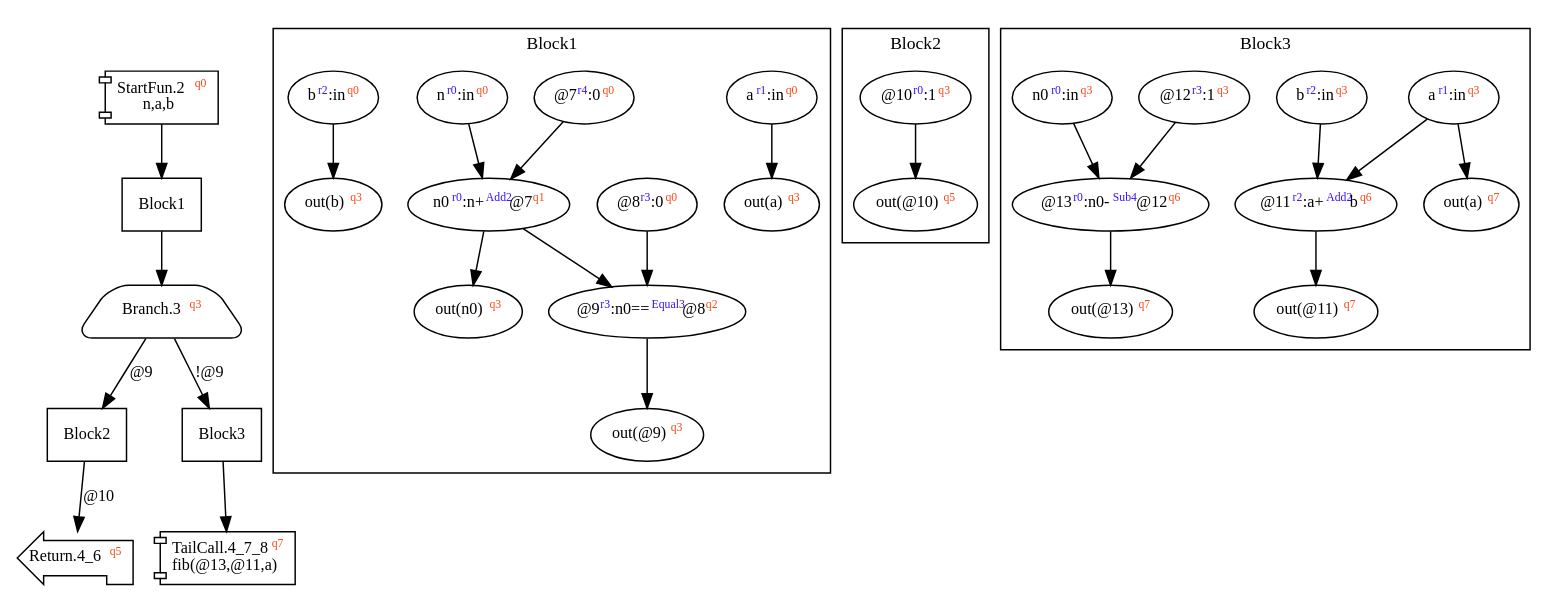
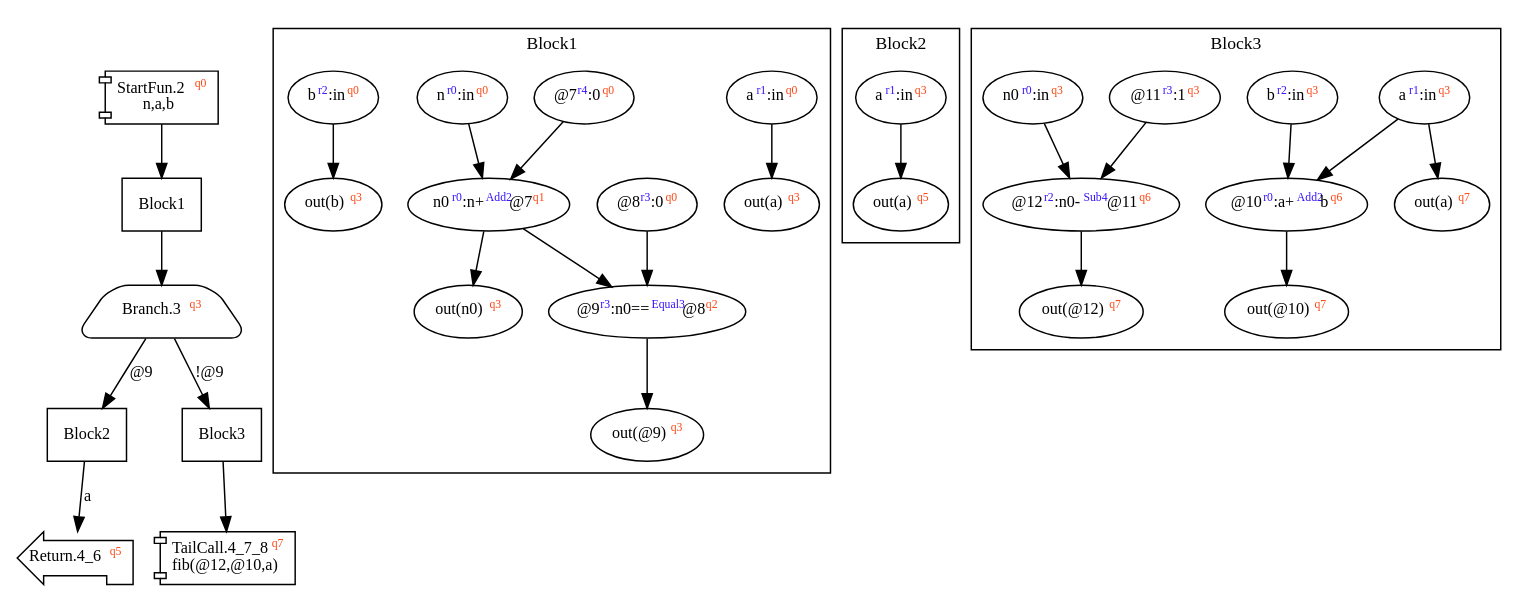
One commit to akouryy/SyntheScala changed the diagram in dist/fib.dot. Above: the diagram before and after it, drawn with Graphviz. The commit also changed 14 other files, not shown here.

```diff
--- a/dist/fib.dot
+++ b/dist/fib.dot
@@ -1,30 +1,30 @@
 digraph Program_ {
 graph [fontname = "Monaco", fontsize = 12, ranksep = 0.5];
 node [shape = box, fontname = "Monaco", fontsize = 11; colorscheme = pastel19];
 edge [fontname = "Monaco", fontsize = 11; colorscheme = pastel19];
 Jump2[label = <StartFun.2<font color="#ff4411" point-size="8"><sup>q0</sup></font><br/>n,a,b>; shape = component];
 Jump2 -> Block1;
 Jump3[
   label = <Branch.3<font color="#ff4411" point-size="8"><sup>q3</sup></font>>;
   shape = trapezium; style = rounded;
 ];
 Block1 -> Jump3;
 Jump3 -> Block2 [label="@9"];
 Jump3 -> Block3 [label="!@9"];
 Jump4_6[label = <Return.4_6<font color="#ff4411" point-size="8"><sup>q5</sup></font>>; shape = lpromoter];
-Block2 -> Jump4_6 [label="@10"];
-Jump4_7_8[label = <TailCall.4_7_8<font color="#ff4411" point-size="8"><sup>q7</sup></font><br/>fib(@13,@11,a)>; shape = component];
+Block2 -> Jump4_6 [label="a"];
+Jump4_7_8[label = <TailCall.4_7_8<font color="#ff4411" point-size="8"><sup>q7</sup></font><br/>fib(@12,@10,a)>; shape = component];
 Block3 -> Jump4_7_8;
 Block1 [label = "Block1"];
 Block2 [label = "Block2"];
 Block3 [label = "Block3"];
 subgraph cluster_dfg_Block1{
 node [shape = oval];
 label = "Block1";
 ndBlock1_0 [label=<a<font color="#3311ff" point-size="8"><sup>r1</sup></font>:in<font color="#ff4411" point-size="8"><sup>q0</sup></font>>];ndBlock1_1 [label=<@8<font color="#3311ff" point-size="8"><sup>r3</sup></font>:0<font color="#ff4411" point-size="8"><sup>q0</sup></font>>];ndBlock1_2 [label=<out(a)<font color="#ff4411" point-size="8"><sup>q3</sup></font>>];ndBlock1_3 [label=<@7<font color="#3311ff" point-size="8"><sup>r4</sup></font>:0<font color="#ff4411" point-size="8"><sup>q0</sup></font>>];ndBlock1_4 [label=<out(@9)<font color="#ff4411" point-size="8"><sup>q3</sup></font>>];ndBlock1_5 [label=<out(n0)<font color="#ff4411" point-size="8"><sup>q3</sup></font>>];ndBlock1_6 [label=<n<font color="#3311ff" point-size="8"><sup>r0</sup></font>:in<font color="#ff4411" point-size="8"><sup>q0</sup></font>>];ndBlock1_7 [label=<@9<font color="#3311ff" point-size="8"><sup>r3</sup></font>:n0==<font color="#3311ff" point-size="8"><sup>Equal3</sup></font>@8<font color="#ff4411" point-size="8"><sup>q2</sup></font>>];ndBlock1_8 [label=<out(b)<font color="#ff4411" point-size="8"><sup>q3</sup></font>>];ndBlock1_9 [label=<b<font color="#3311ff" point-size="8"><sup>r2</sup></font>:in<font color="#ff4411" point-size="8"><sup>q0</sup></font>>];ndBlock1_10 [label=<n0<font color="#3311ff" point-size="8"><sup>r0</sup></font>:n+<font color="#3311ff" point-size="8"><sup>Add2</sup></font>@7<font color="#ff4411" point-size="8"><sup>q1</sup></font>>];ndBlock1_9 -> ndBlock1_8; ndBlock1_10 -> ndBlock1_5; ndBlock1_7 -> ndBlock1_4; ndBlock1_0 -> ndBlock1_2; ndBlock1_3 -> ndBlock1_10; ndBlock1_6 -> ndBlock1_10; ndBlock1_1 -> ndBlock1_7; ndBlock1_10 -> ndBlock1_7; }subgraph cluster_dfg_Block2{
 node [shape = oval];
 label = "Block2";
-ndBlock2_0 [label=<@10<font color="#3311ff" point-size="8"><sup>r0</sup></font>:1<font color="#ff4411" point-size="8"><sup>q3</sup></font>>];ndBlock2_1 [label=<out(@10)<font color="#ff4411" point-size="8"><sup>q5</sup></font>>];ndBlock2_0 -> ndBlock2_1; }subgraph cluster_dfg_Block3{
+ndBlock2_0 [label=<a<font color="#3311ff" point-size="8"><sup>r1</sup></font>:in<font color="#ff4411" point-size="8"><sup>q3</sup></font>>];ndBlock2_1 [label=<out(a)<font color="#ff4411" point-size="8"><sup>q5</sup></font>>];ndBlock2_0 -> ndBlock2_1; }subgraph cluster_dfg_Block3{
 node [shape = oval];
 label = "Block3";
-ndBlock3_0 [label=<@12<font color="#3311ff" point-size="8"><sup>r3</sup></font>:1<font color="#ff4411" point-size="8"><sup>q3</sup></font>>];ndBlock3_1 [label=<@11<font color="#3311ff" point-size="8"><sup>r2</sup></font>:a+<font color="#3311ff" point-size="8"><sup>Add2</sup></font>b<font color="#ff4411" point-size="8"><sup>q6</sup></font>>];ndBlock3_2 [label=<a<font color="#3311ff" point-size="8"><sup>r1</sup></font>:in<font color="#ff4411" point-size="8"><sup>q3</sup></font>>];ndBlock3_3 [label=<b<font color="#3311ff" point-size="8"><sup>r2</sup></font>:in<font color="#ff4411" point-size="8"><sup>q3</sup></font>>];ndBlock3_4 [label=<out(@13)<font color="#ff4411" point-size="8"><sup>q7</sup></font>>];ndBlock3_5 [label=<out(a)<font color="#ff4411" point-size="8"><sup>q7</sup></font>>];ndBlock3_6 [label=<n0<font color="#3311ff" point-size="8"><sup>r0</sup></font>:in<font color="#ff4411" point-size="8"><sup>q3</sup></font>>];ndBlock3_7 [label=<out(@11)<font color="#ff4411" point-size="8"><sup>q7</sup></font>>];ndBlock3_8 [label=<@13<font color="#3311ff" point-size="8"><sup>r0</sup></font>:n0-<font color="#3311ff" point-size="8"><sup>Sub4</sup></font>@12<font color="#ff4411" point-size="8"><sup>q6</sup></font>>];ndBlock3_1 -> ndBlock3_7; ndBlock3_2 -> ndBlock3_5; ndBlock3_0 -> ndBlock3_8; ndBlock3_6 -> ndBlock3_8; ndBlock3_2 -> ndBlock3_1; ndBlock3_3 -> ndBlock3_1; ndBlock3_8 -> ndBlock3_4; }}
+ndBlock3_0 [label=<@12<font color="#3311ff" point-size="8"><sup>r2</sup></font>:n0-<font color="#3311ff" point-size="8"><sup>Sub4</sup></font>@11<font color="#ff4411" point-size="8"><sup>q6</sup></font>>];ndBlock3_1 [label=<a<font color="#3311ff" point-size="8"><sup>r1</sup></font>:in<font color="#ff4411" point-size="8"><sup>q3</sup></font>>];ndBlock3_2 [label=<@10<font color="#3311ff" point-size="8"><sup>r0</sup></font>:a+<font color="#3311ff" point-size="8"><sup>Add2</sup></font>b<font color="#ff4411" point-size="8"><sup>q6</sup></font>>];ndBlock3_3 [label=<out(@12)<font color="#ff4411" point-size="8"><sup>q7</sup></font>>];ndBlock3_4 [label=<out(a)<font color="#ff4411" point-size="8"><sup>q7</sup></font>>];ndBlock3_5 [label=<@11<font color="#3311ff" point-size="8"><sup>r3</sup></font>:1<font color="#ff4411" point-size="8"><sup>q3</sup></font>>];ndBlock3_6 [label=<n0<font color="#3311ff" point-size="8"><sup>r0</sup></font>:in<font color="#ff4411" point-size="8"><sup>q3</sup></font>>];ndBlock3_7 [label=<b<font color="#3311ff" point-size="8"><sup>r2</sup></font>:in<font color="#ff4411" point-size="8"><sup>q3</sup></font>>];ndBlock3_8 [label=<out(@10)<font color="#ff4411" point-size="8"><sup>q7</sup></font>>];ndBlock3_0 -> ndBlock3_3; ndBlock3_5 -> ndBlock3_0; ndBlock3_6 -> ndBlock3_0; ndBlock3_1 -> ndBlock3_4; ndBlock3_1 -> ndBlock3_2; ndBlock3_7 -> ndBlock3_2; ndBlock3_2 -> ndBlock3_8; }}
```
